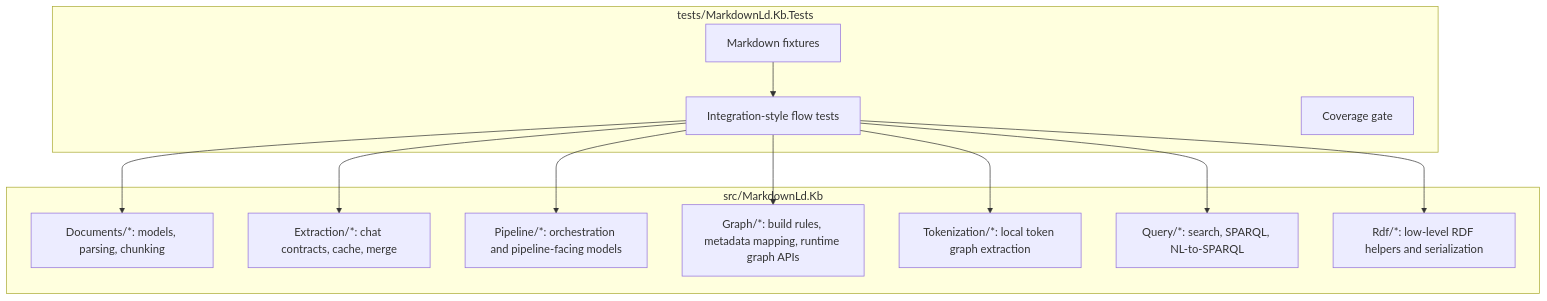
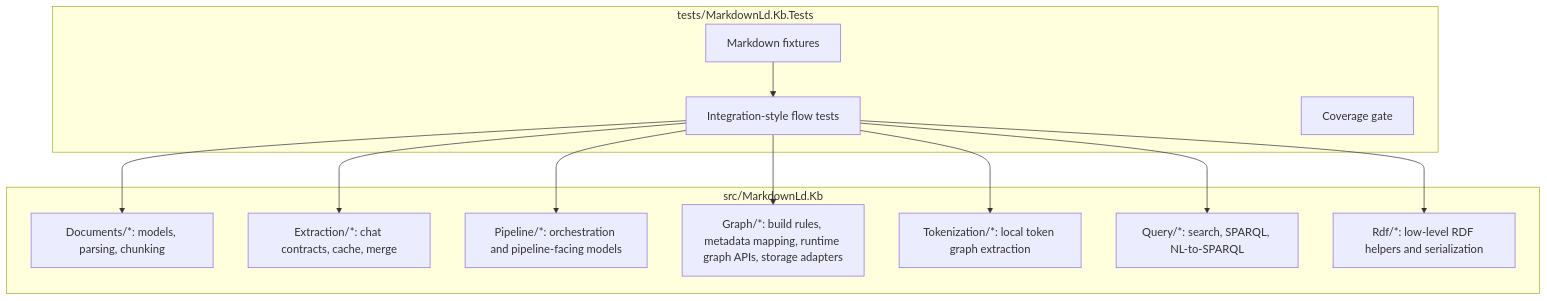
Before and after one commit to managedcode/markdown-ld-kb: the third of 8 diagrams in docs/Architecture.md, drawn with Mermaid. The commit also changed other lines of this file and 54 other files, not shown here.

````diff
--- a/docs/Architecture.md
+++ b/docs/Architecture.md
@@ -126,27 +148,27 @@
 ```mermaid
 flowchart TB
     subgraph Core["src/MarkdownLd.Kb"]
         Documents["Documents/*: models, parsing, chunking"]
         Extraction["Extraction/*: chat contracts, cache, merge"]
         Pipeline["Pipeline/*: orchestration and pipeline-facing models"]
-        Graph["Graph/*: build rules, metadata mapping, runtime graph APIs"]
+        Graph["Graph/*: build rules, metadata mapping, runtime graph APIs, storage adapters"]
         Tokens["Tokenization/*: local token graph extraction"]
         Query["Query/*: search, SPARQL, NL-to-SPARQL"]
         Rdf["Rdf/*: low-level RDF helpers and serialization"]
     end
 
     subgraph Tests["tests/MarkdownLd.Kb.Tests"]
         Fixtures["Markdown fixtures"]
         FlowTests["Integration-style flow tests"]
         Coverage["Coverage gate"]
     end
 
     Fixtures --> FlowTests
     FlowTests --> Documents
     FlowTests --> Tokens
     FlowTests --> Extraction
     FlowTests --> Pipeline
     FlowTests --> Graph
     FlowTests --> Query
     FlowTests --> Rdf
 ```
````
